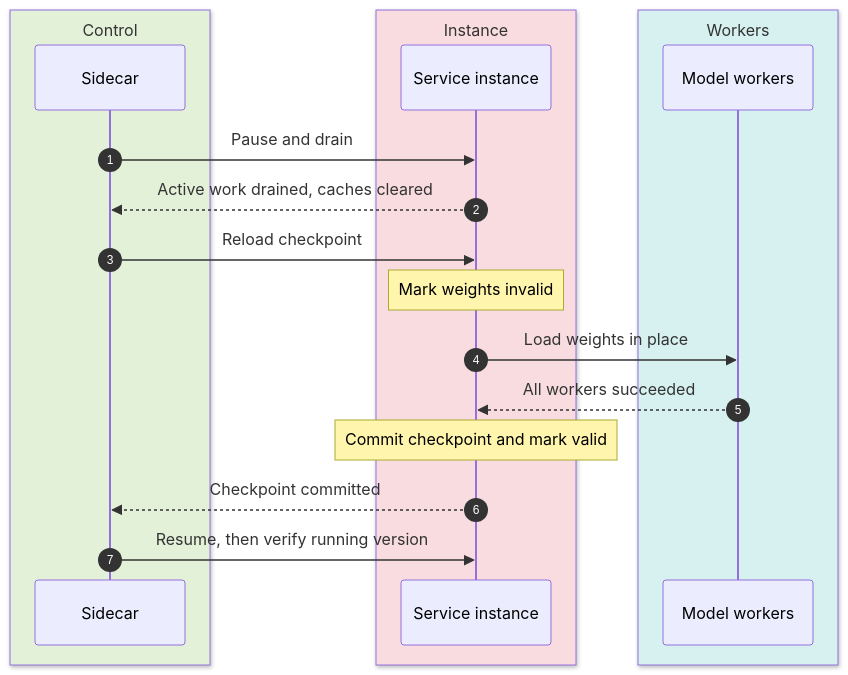
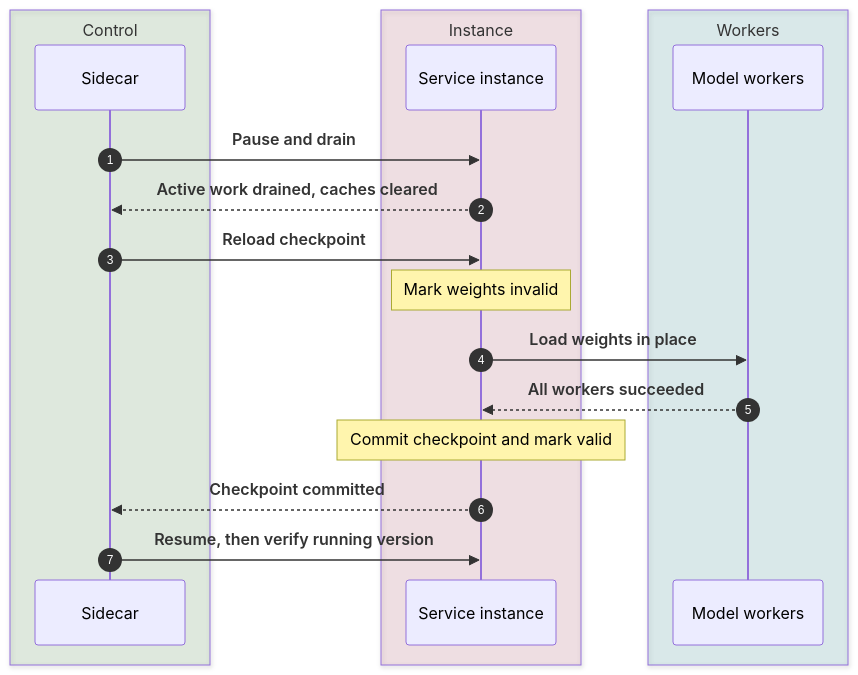
Before and after one commit to vllm-project/vllm-gr: the first of 2 diagrams in docs/design/feature/weight_update.md, drawn with Mermaid. The commit also changed other lines of this file and 6 other files, not shown here.

Commit message:
docs: clarify feature design guides and improve diagram contrast

````diff
--- a/docs/design/feature/weight_update.md
+++ b/docs/design/feature/weight_update.md
@@ -10,22 +10,28 @@
 ```mermaid
+---
+config:
+  sequence:
+    messageFontWeight: 600
+    noteFontWeight: 600
+---
 sequenceDiagram
     autonumber
-    box rgb(227,241,217) Control
+    box rgba(79,150,75,0.14) Control
         participant S as Sidecar
     end
-    box rgb(249,220,224) Instance
+    box rgba(190,83,105,0.14) Instance
         participant I as Service instance
     end
-    box rgb(215,241,241) Workers
+    box rgba(44,151,159,0.14) Workers
         participant W as Model workers
     end
     S->>I: Pause and drain
     I-->>S: Active work drained, caches cleared
     S->>I: Reload checkpoint
     Note over I: Mark weights invalid
     I->>W: Load weights in place
     W-->>I: All workers succeeded
     Note over I: Commit checkpoint and mark valid
     I-->>S: Checkpoint committed
     S->>I: Resume, then verify running version
 ```
````
